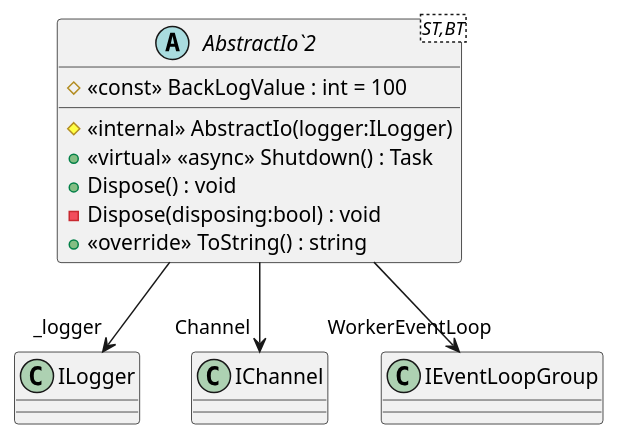
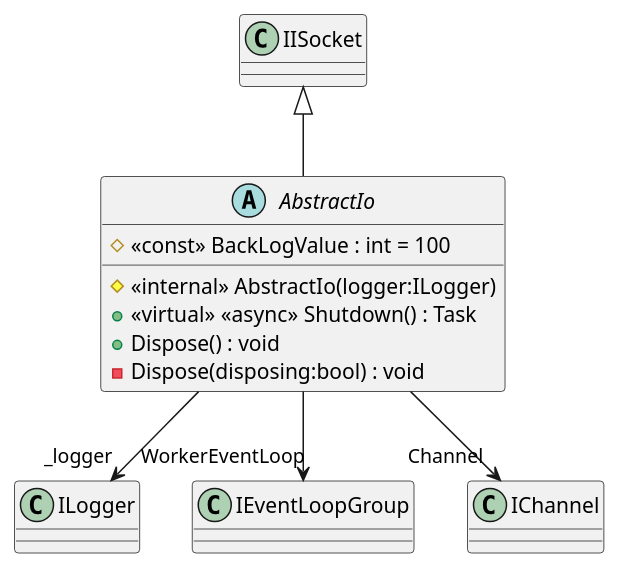
One commit to catalyst-network/Catalyst changed the diagram in Documentation/UML/Catalyst.Node.Common/Helpers/IO/AbstractIO.puml. Above: the diagram before and after it, drawn with PlantUML. The commit also changed 20 other files, not shown here.

```diff
--- a/Documentation/UML/Catalyst.Node.Common/Helpers/IO/AbstractIO.puml
+++ b/Documentation/UML/Catalyst.Node.Common/Helpers/IO/AbstractIO.puml
@@ -1,13 +1,13 @@
 @startuml
-abstract class "AbstractIo`2"<ST,BT> {
+abstract class AbstractIo {
     # <<const>> BackLogValue : int = 100
     # <<internal>> AbstractIo(logger:ILogger)
     + <<virtual>> <<async>> Shutdown() : Task
     + Dispose() : void
     - Dispose(disposing:bool) : void
-    + <<override>> ToString() : string
 }
-"AbstractIo`2" --> "_logger" ILogger
-"AbstractIo`2" --> "Channel" IChannel
-"AbstractIo`2" --> "WorkerEventLoop" IEventLoopGroup
+IISocket <|-- AbstractIo
+AbstractIo --> "_logger" ILogger
+AbstractIo --> "WorkerEventLoop" IEventLoopGroup
+AbstractIo --> "Channel" IChannel
 @enduml
```
